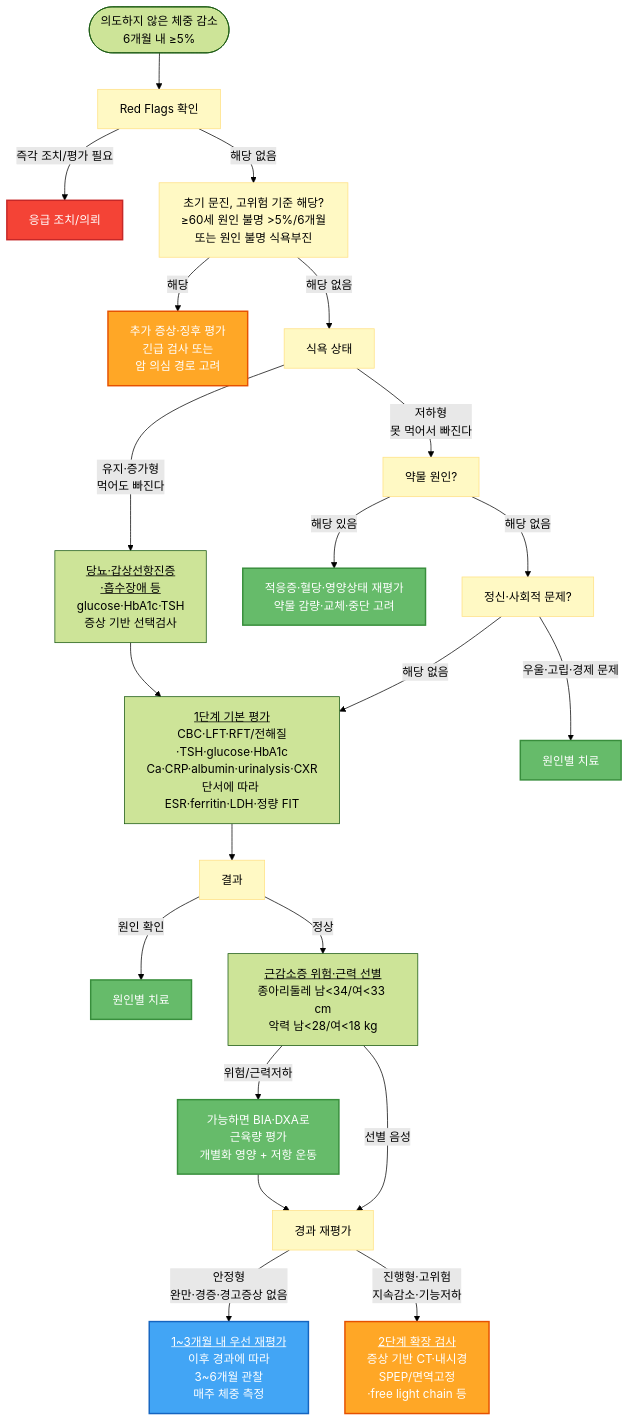
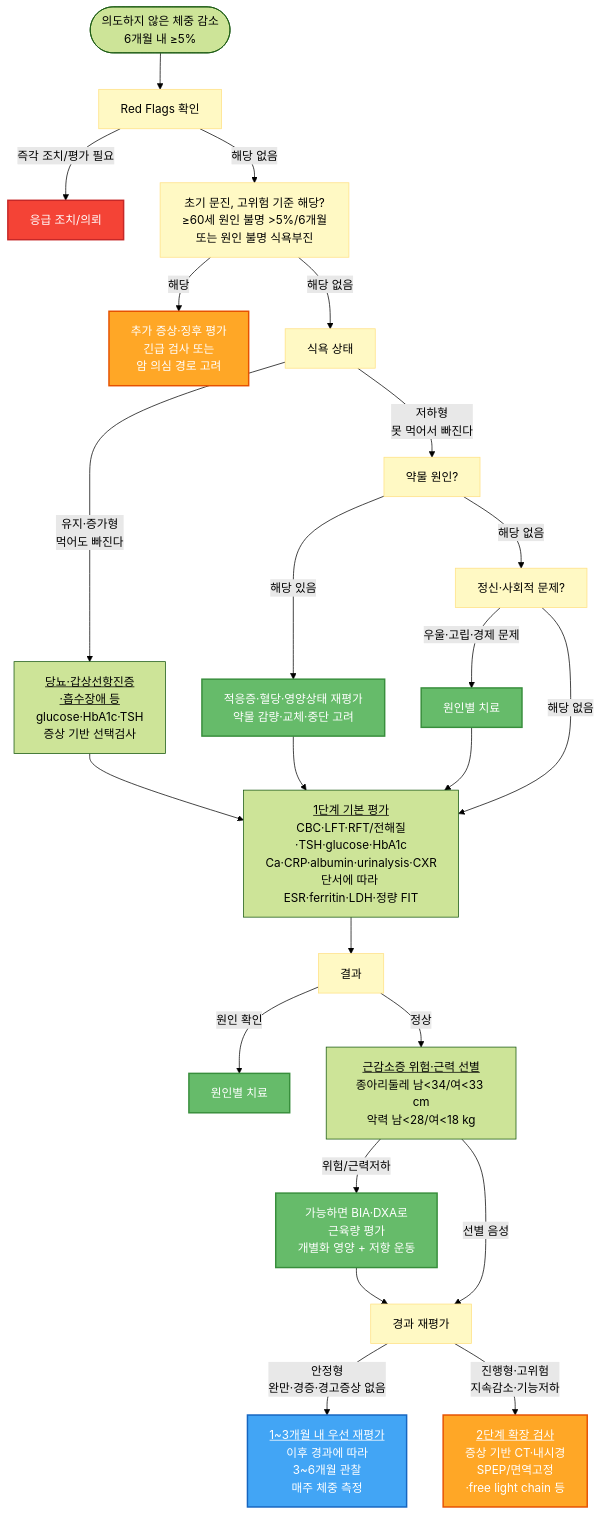
The diagram in 220_/013_-weight-loss.md (familyoh77/familyoh77), drawn with Mermaid (forest theme) before and after one commit. The commit also changed other lines of this file, not shown here.

````diff
--- a/220_/013_-weight-loss.md
+++ b/220_/013_-weight-loss.md
@@ -158,31 +161,33 @@
 ```mermaid
 graph TD
     A([의도하지 않은 체중 감소<br/>6개월 내 ≥5%]) --> B[Red Flags 확인]
     B -->|즉각 조치/평가 필요| C[응급 조치/의뢰]
     B -->|해당 없음| W["초기 문진, 고위험 기준 해당?<br/>≥60세 원인 불명 >5%/6개월<br/>또는 원인 불명 식욕부진"]
     W -->|해당| X["추가 증상·징후 평가<br/>긴급 검사 또는 <br/>암 의심 경로 고려"]
     W -->|해당 없음| E[식욕 상태]
     E -->|유지·증가형<br/>먹어도 빠진다| F["<u>당뇨·갑상선항진증<br/>·흡수장애 등</u><br/>glucose·HbA1c·TSH<br/>증상 기반 선택검사"]
     F --> K
     E -->|저하형<br/>못 먹어서 빠진다| G[약물 원인?]
     G -->|해당 있음| H["적응증·혈당·영양상태 재평가<br/>약물 감량·교체·중단 고려"]
+    H --> K
     G -->|해당 없음| I[정신·사회적 문제?]
     I -->|우울·고립·경제 문제| J[원인별 치료]
+    J --> K
     I -->|해당 없음| K["<u>1단계 기본 평가</u><br/>CBC·LFT·RFT/전해질·TSH·glucose·HbA1c<br/>Ca·CRP·albumin·urinalysis·CXR<br/>단서에 따라 <br/>ESR·ferritin·LDH·정량 FIT"]
     K --> L[결과]
     L -->|원인 확인| M[원인별 치료]
     L -->|정상| N["<u>근감소증 위험·근력 선별</u><br/>종아리둘레 남&lt;34/여&lt;33 cm<br/>악력 남&lt;28/여&lt;18 kg"]
     N -->|위험/근력저하| R["가능하면 BIA·DXA로 <br/>근육량 평가<br/>개별화 영양 + 저항 운동"]
     R --> O[경과 재평가]
     N -->|선별 음성| O
     O -->|안정형<br/>완만·경증·경고증상 없음| P["<u>1~3개월 내 우선 재평가</u><br/>이후 경과에 따라 <br/>3~6개월 관찰<br/>매주 체중 측정"]
     O -->|진행형·고위험<br/>지속감소·기능저하| Q["<u>2단계 확장 검사</u><br/>증상 기반 CT·내시경<br/>SPEP/면역고정<br/>·free light chain 등"]
 classDef green fill:#66bb6a,stroke:#388e3c,color:#fff,stroke-width:2px
 class H,J,M,R green
     style C fill:#f44336,stroke:#c62828,color:#fff,stroke-width:2px
     style X fill:#ffa726,stroke:#e65100,color:#fff,stroke-width:2px
     style P fill:#42a5f5,stroke:#1565c0,color:#fff,stroke-width:2px
     style Q fill:#ffa726,stroke:#e65100,color:#fff,stroke-width:2px
 classDef yellow fill:#fff9c4,stroke:#ffe082
 class B,W,E,G,I,L,O yellow
 ```
````
